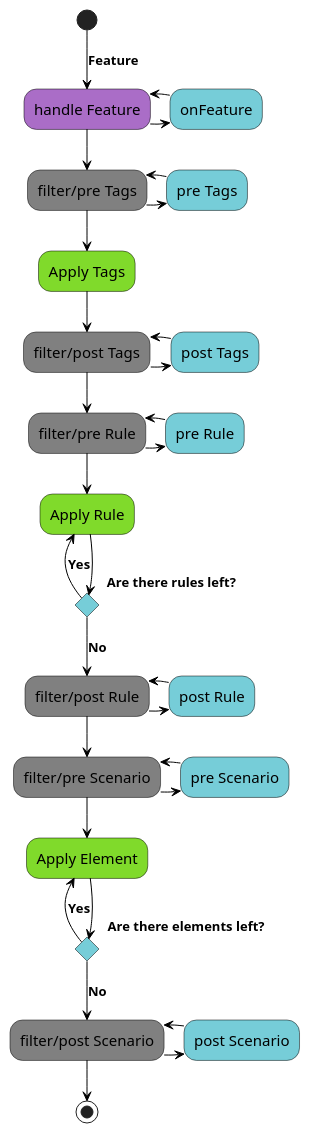
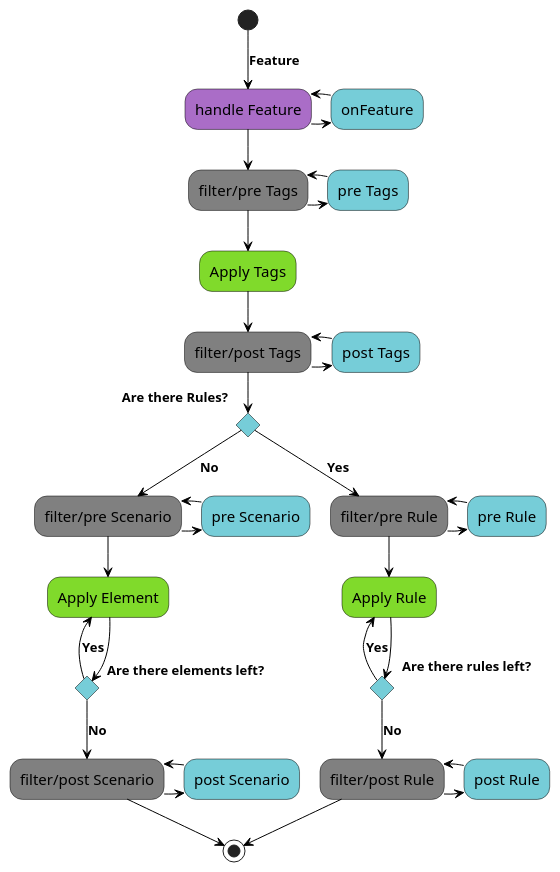
The diagram in src/data/feature.puml (gherking/gherking-docs), drawn with PlantUML before and after one commit. The commit also changed 4 other files, not shown here.

Commit message:
plantuml visualization of the precompiler

```diff
--- a/src/data/feature.puml
+++ b/src/data/feature.puml
@@ -1,46 +1,50 @@
 @startuml
 skinparam activity {
 BackgroundColor #76CDD8
 BackgroundColor<<apply>> #80DA2B
 BackgroundColor<<filter>> #808080
 BackgroundColor<<handle>> #AA6DC7
 ArrowColor black
 ArrowFontSize 13
 ArrowFontStyle bold
 ArrowFontName Segoe UI
 BorderColor black
 FontName Segoe UI
 FontSize 15
 }
 (*) -->[Feature] "handle Feature"
 -right-> "onFeature"
 -left-> "handle Feature"<<handle>>
 --> "filter/pre Tags"<<filter>>
 -right-> "pre Tags"
 -left-> "filter/pre Tags"
 --> "Apply Tags"<<apply>>
 --> "filter/post Tags"<<filter>>
 -right-> "post Tags"
 -left-> "filter/post Tags"
---> "filter/pre Rule"<<filter>>
+If "Are there Rules?"
+--> [Yes]"filter/pre Rule"<<filter>>
 -right-> "pre Rule"
 -left-> "filter/pre Rule"
 --> "Apply Rule"<<apply>>
 If "Are there rules left?"
 -left->[Yes] "Apply Rule"
 else
 --> [No] "filter/post Rule"
 -right-> "post Rule"
 -left-> "filter/post Rule"<<filter>>
---> "filter/pre Scenario"<<filter>>
+--> (*)
+endif
+else
+--> [No]"filter/pre Scenario"<<filter>>
 -right-> "pre Scenario"
 -left-> "filter/pre Scenario"
 --> "Apply Element"<<apply>>
 If "Are there elements left?"
 -left->[Yes] "Apply Element"<<apply>>
 else
 -->[No] "filter/post Scenario"<<filter>>
 -right-> "post Scenario"
 -left-> "filter/post Scenario"
 --> (*)
 @enduml
```
